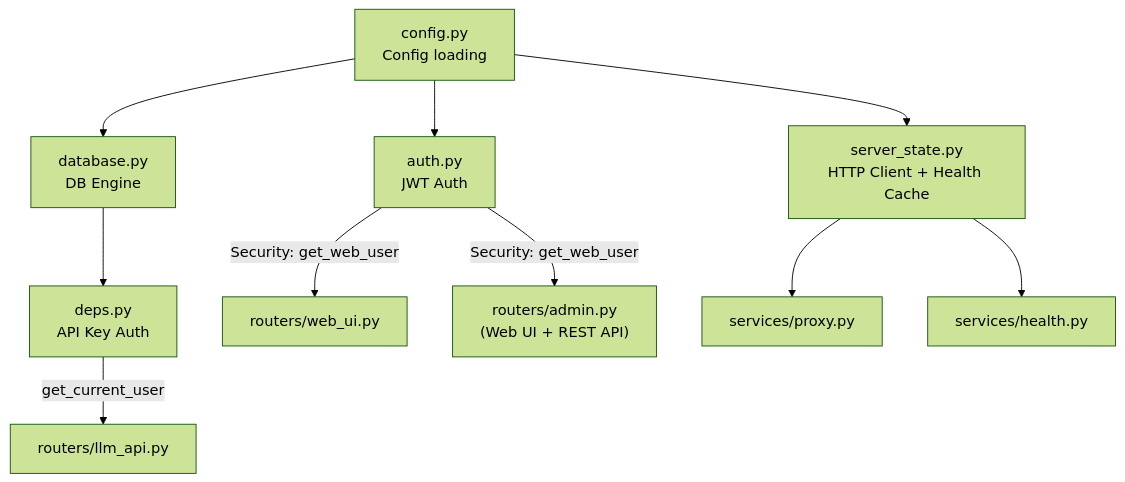
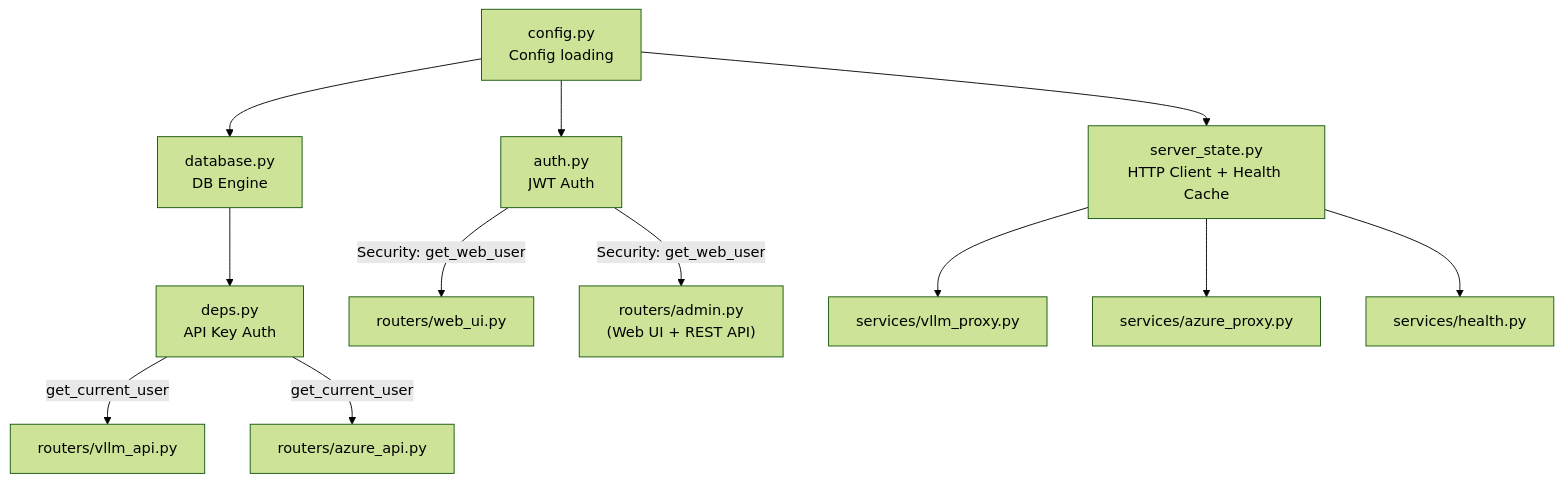
Before and after one commit to bwinken/llm-gateway: the diagram in app/core/README.md, drawn with Mermaid (forest theme). The commit also changed other lines of this file and 23 other files, not shown here.

````diff
--- a/app/core/README.md
+++ b/app/core/README.md
@@ -9,12 +9,14 @@
 ```mermaid
 graph TD
     config["config.py<br/>Config loading"] --> database["database.py<br/>DB Engine"]
     config --> auth["auth.py<br/>JWT Auth"]
     config --> server_state["server_state.py<br/>HTTP Client + Health Cache"]
     database --> deps["deps.py<br/>API Key Auth"]
     auth --> |Security: get_web_user| WebUI["routers/web_ui.py"]
     auth --> |Security: get_web_user| Admin["routers/admin.py<br/>(Web UI + REST API)"]
-    deps --> |get_current_user| LLM_API["routers/llm_api.py"]
-    server_state --> Proxy["services/proxy.py"]
+    deps --> |get_current_user| LLM_API["routers/vllm_api.py"]
+    deps --> |get_current_user| AzureAPI["routers/azure_api.py"]
+    server_state --> VllmProxy["services/vllm_proxy.py"]
+    server_state --> AzureProxy["services/azure_proxy.py"]
     server_state --> Health["services/health.py"]
 ```
````
